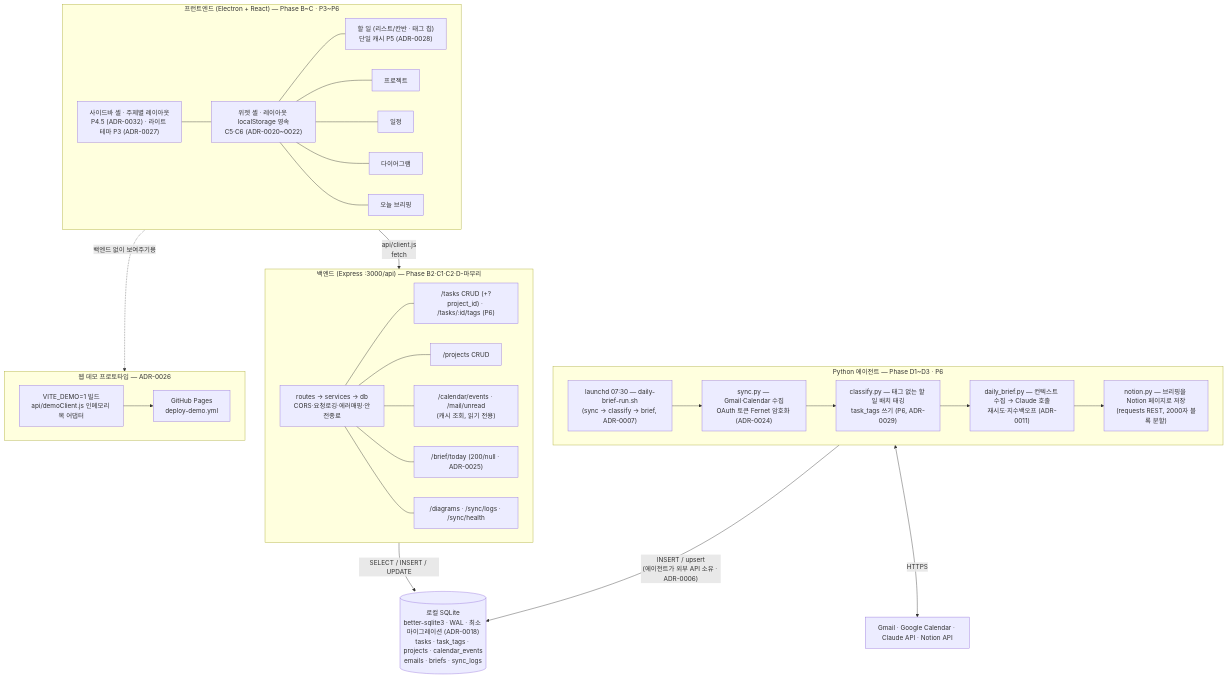
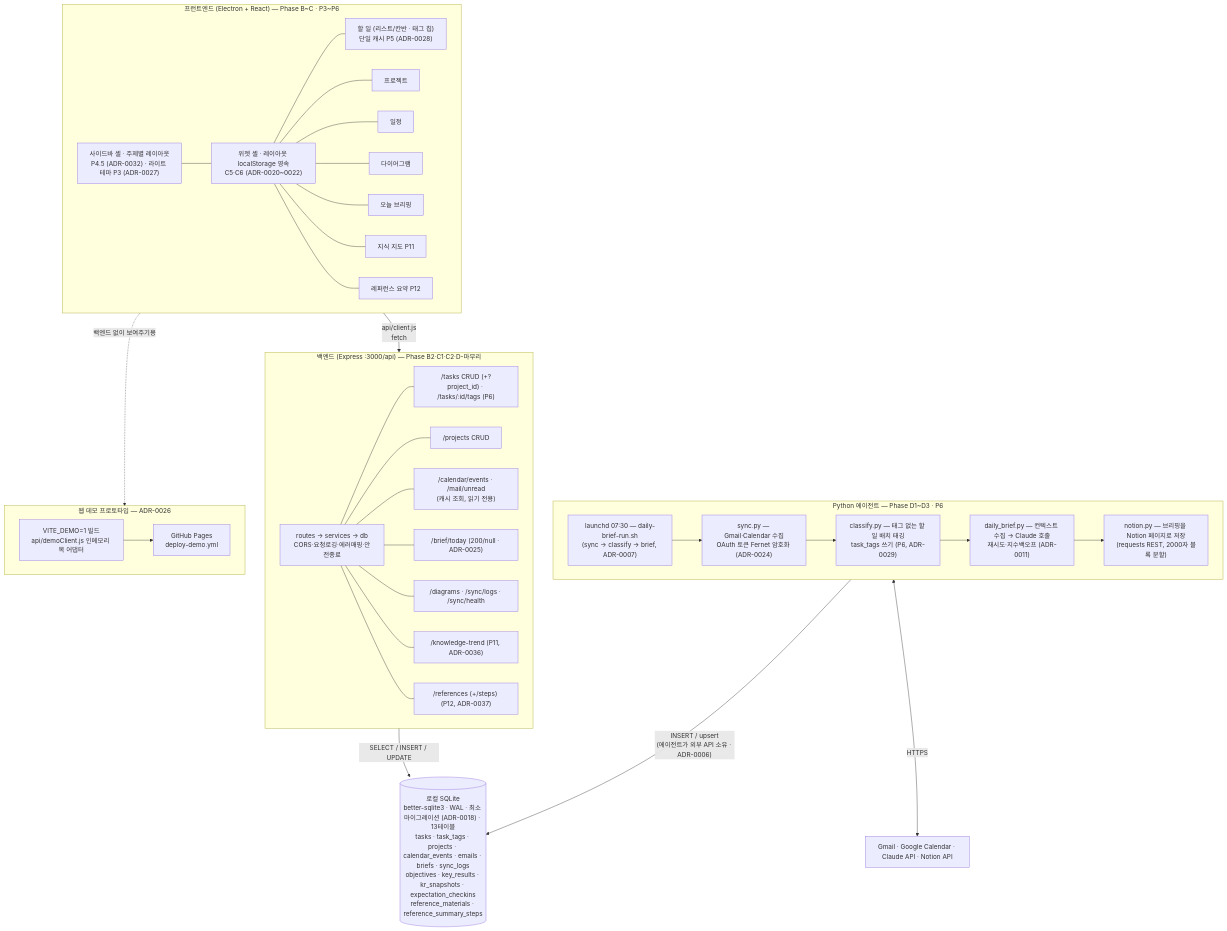
Before and after one commit to gamercross/my-setup-proj: the second of 2 diagrams in README.md, drawn with Mermaid. The commit also changed other lines of this file, not shown here.

First line of the commit message:
docs(readme): 루트 README — P11·P12·보안 보완 반영, 다이어그램 갱신

````diff
--- a/README.md
+++ b/README.md
@@ -220,44 +224,46 @@
 ```mermaid
 flowchart TB
   subgraph FE["프런트엔드 (Electron + React) — Phase B~C · P3~P6"]
     NAV["사이드바 셸 · 주제별 레이아웃<br/>P4.5 (ADR-0032) · 라이트 테마 P3 (ADR-0027)"]
     SHELL["위젯 셸 · 레이아웃 localStorage 영속<br/>C5·C6 (ADR-0020~0022)"]
-    W1["할 일 (리스트/칸반 · 태그 칩)<br/>단일 캐시 P5 (ADR-0028)"] & W2["프로젝트"] & W3["일정"] & W4["다이어그램"] & W5["오늘 브리핑"]
-    NAV --- SHELL --- W1 & W2 & W3 & W4 & W5
+    W1["할 일 (리스트/칸반 · 태그 칩)<br/>단일 캐시 P5 (ADR-0028)"] & W2["프로젝트"] & W3["일정"] & W4["다이어그램"] & W5["오늘 브리핑"] & W6["지식 지도 P11"] & W7["레퍼런스 요약 P12"]
+    NAV --- SHELL --- W1 & W2 & W3 & W4 & W5 & W6 & W7
   end
 
   subgraph API["백엔드 (Express :3000/api) — Phase B2·C1·C2·D-마무리"]
     RT["routes → services → db<br/>CORS·요청로깅·에러매핑·안전종료"]
     EP1["/tasks CRUD (+?project_id) · /tasks/:id/tags (P6)"]
     EP2["/projects CRUD"]
     EP3["/calendar/events · /mail/unread<br/>(캐시 조회, 읽기 전용)"]
     EP4["/brief/today (200/null · ADR-0025)"]
     EP5["/diagrams · /sync/logs · /sync/health"]
-    RT --- EP1 & EP2 & EP3 & EP4 & EP5
+    EP6["/knowledge-trend (P11, ADR-0036)"]
+    EP7["/references (+/steps) (P12, ADR-0037)"]
+    RT --- EP1 & EP2 & EP3 & EP4 & EP5 & EP6 & EP7
   end
 
-  DB[("로컬 SQLite<br/>better-sqlite3 · WAL · 최소 마이그레이션 (ADR-0018)<br/>tasks · task_tags · projects · calendar_events<br/>emails · briefs · sync_logs")]
+  DB[("로컬 SQLite<br/>better-sqlite3 · WAL · 최소 마이그레이션 (ADR-0018) · 13테이블<br/>tasks · task_tags · projects · calendar_events · emails · briefs · sync_logs<br/>objectives · key_results · kr_snapshots · expectation_checkins<br/>reference_materials · reference_summary_steps")]
 
   subgraph AGENT["Python 에이전트 — Phase D1~D3 · P6"]
     SYNC["sync.py — Gmail·Calendar 수집<br/>OAuth 토큰 Fernet 암호화 (ADR-0024)"]
     CLASSIFY["classify.py — 태그 없는 할 일 배치 태깅<br/>task_tags 쓰기 (P6, ADR-0029)"]
     BRIEF["daily_brief.py — 컨텍스트 수집 → Claude 호출<br/>재시도·지수백오프 (ADR-0011)"]
     NOTION["notion.py — 브리핑을 Notion 페이지로 저장<br/>(requests REST, 2000자 블록 분할)"]
     SCHED["launchd 07:30 — daily-brief-run.sh<br/>(sync → classify → brief, ADR-0007)"]
     SCHED --> SYNC --> CLASSIFY --> BRIEF --> NOTION
   end
 
   EXT["Gmail · Google Calendar · Claude API · Notion API"]
 
   FE -->|"api/client.js<br/>fetch"| API
   API -->|"SELECT / INSERT / UPDATE"| DB
   AGENT -->|"INSERT / upsert<br/>(에이전트가 외부 API 소유 · ADR-0006)"| DB
   AGENT <-->|HTTPS| EXT
 
   subgraph DEMO["웹 데모 프로토타입 — ADR-0026"]
     MOCK["VITE_DEMO=1 빌드<br/>api/demoClient.js 인메모리 목 어댑터"]
     PAGES["GitHub Pages<br/>deploy-demo.yml"]
     MOCK --> PAGES
   end
   FE -.->|"백엔드 없이 보여주기용"| DEMO
 ```
````
